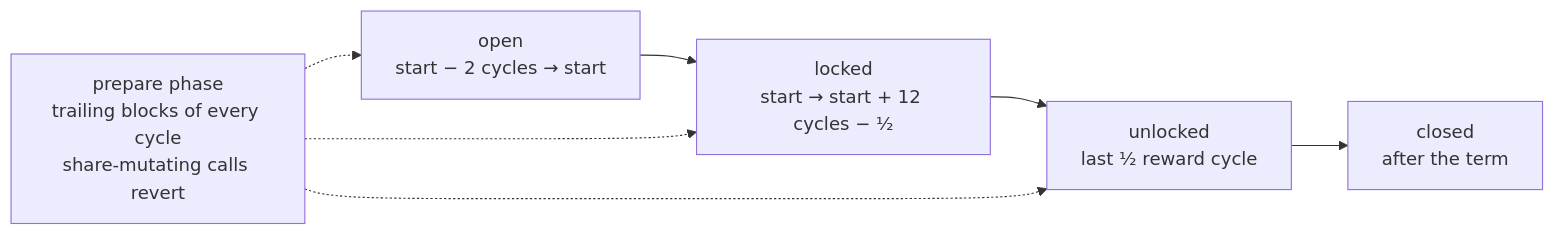
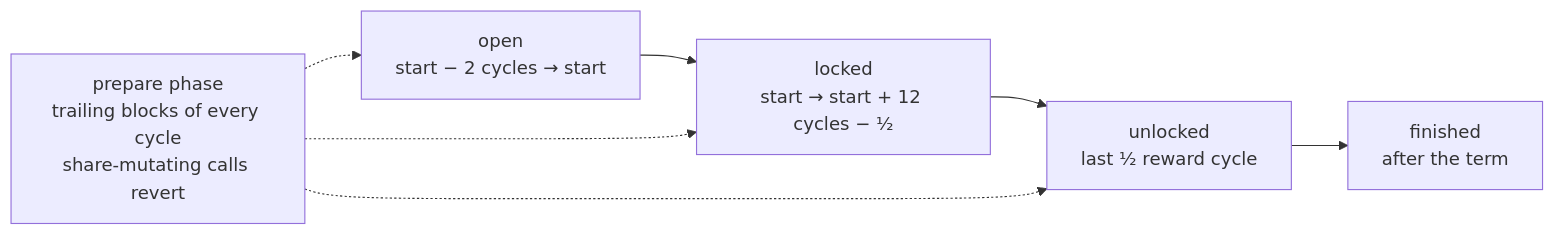
Before and after one commit to stacks-network/docs: the second of 4 diagrams in docs/pox-5/concepts.md, drawn with Mermaid. The commit also changed other lines of this file and 2 other files, not shown here.

````diff
--- a/docs/pox-5/concepts.md
+++ b/docs/pox-5/concepts.md
@@ -43,9 +43,9 @@
 ```mermaid
 flowchart LR
     O["open<br/>start − 2 cycles → start"] --> L["locked<br/>start → start + 12 cycles − ½"]
     L --> U["unlocked<br/>last ½ reward cycle"]
-    U --> C["closed<br/>after the term"]
+    U --> C["finished<br/>after the term"]
     P["prepare phase<br/>trailing blocks of every cycle<br/>share-mutating calls revert"] -.-> O
     P -.-> L
     P -.-> U
 ```
````
